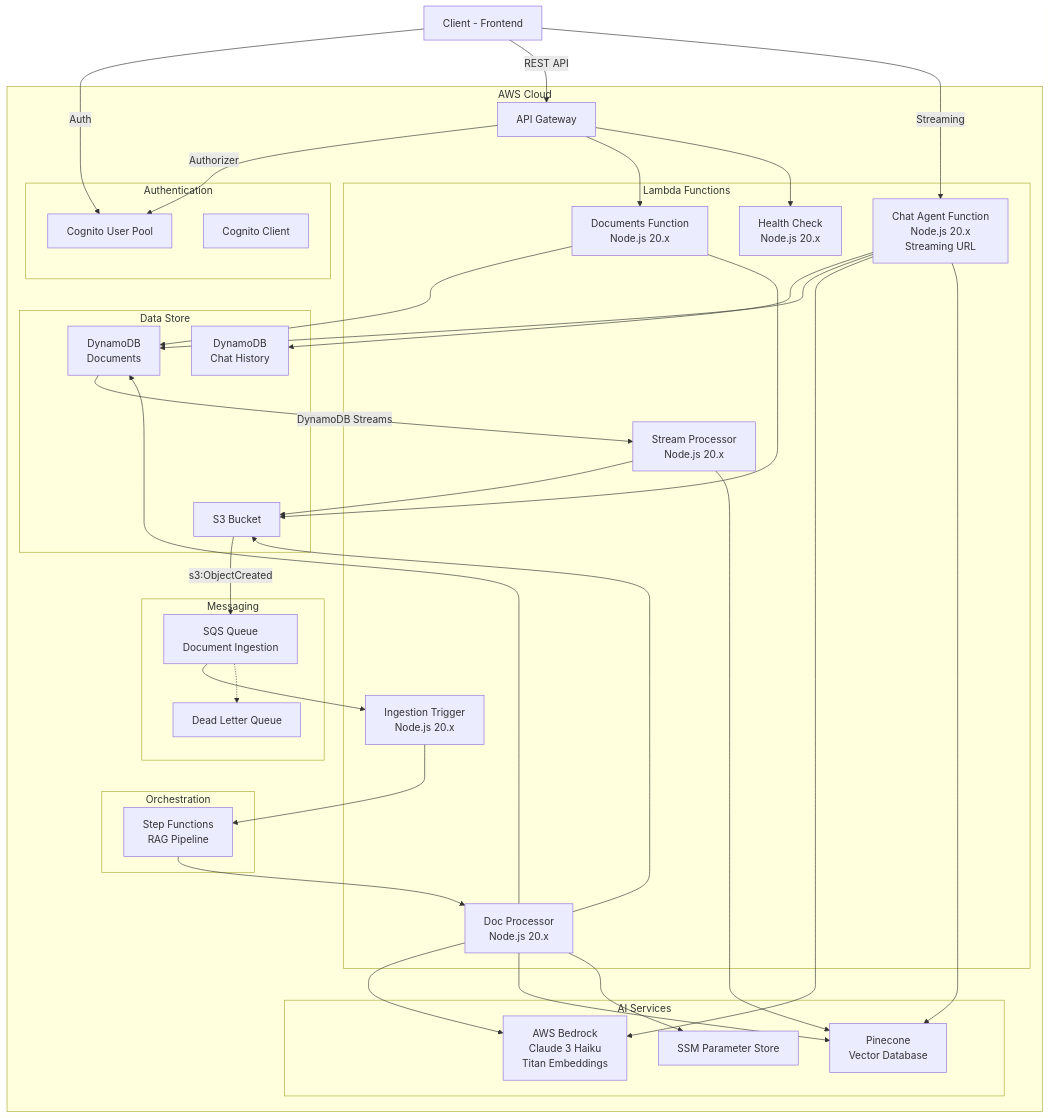
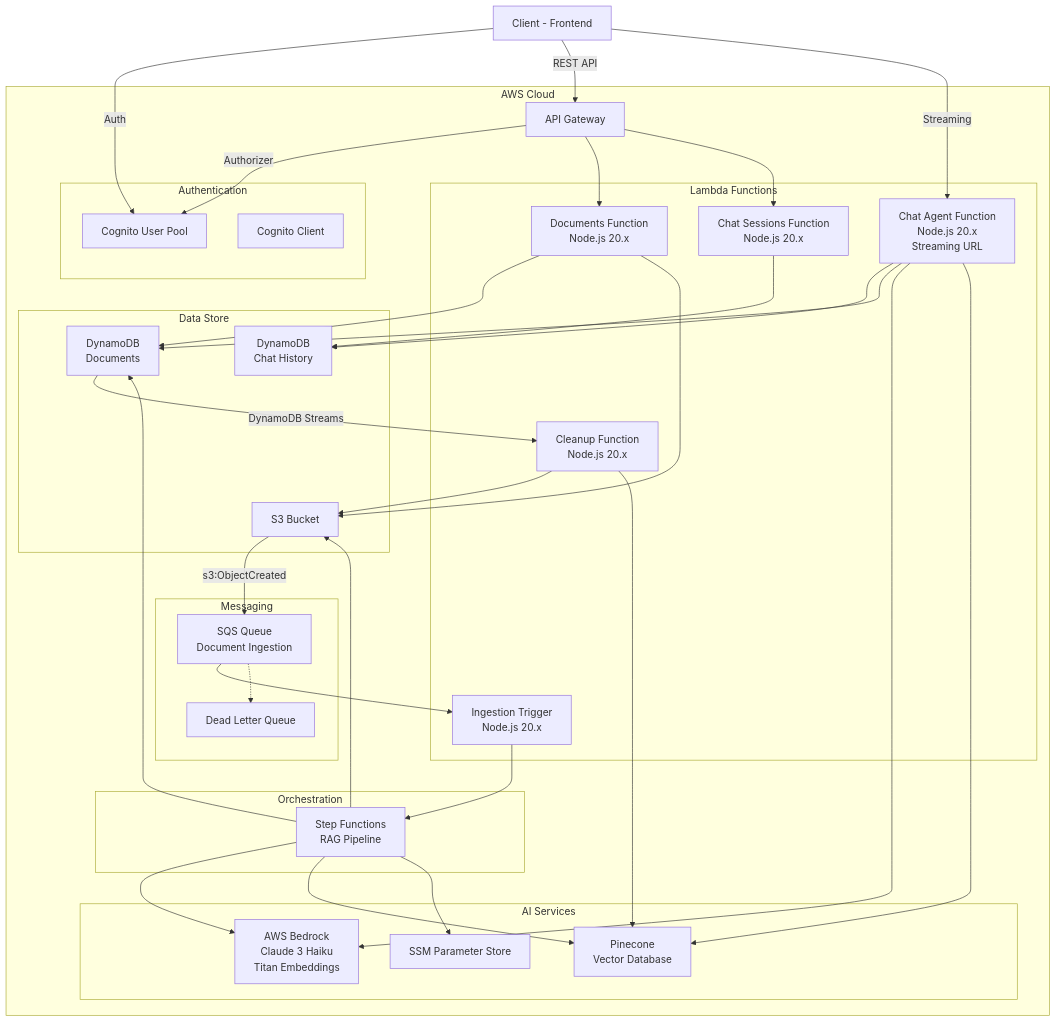
One commit to r-serori/myelinbase-backend changed the diagram in infrastructure/README.md. Above: the diagram before and after it, drawn with Mermaid. The commit also changed 1 other file, not shown here.

Commit message:
♻️ドキュメント修正

````diff
--- a/infrastructure/README.md
+++ b/infrastructure/README.md
@@ -31,10 +31,9 @@
         subgraph "Lambda Functions"
             DocFn[Documents Function<br/>Node.js 20.x]
             ChatFn[Chat Agent Function<br/>Node.js 20.x<br/>Streaming URL]
+            ChatSessionsFn[Chat Sessions Function<br/>Node.js 20.x]
             TriggerFn[Ingestion Trigger<br/>Node.js 20.x]
-            ProcFn[Doc Processor<br/>Node.js 20.x]
-            StreamProcFn[Stream Processor<br/>Node.js 20.x]
-            HealthFn[Health Check<br/>Node.js 20.x]
+            CleanupFn[Cleanup Function<br/>Node.js 20.x]
         end
 
         %% Storage
@@ -70,7 +69,7 @@
 
     APIGW -->|Authorizer| CognitoUserPool
     APIGW --> DocFn
-    APIGW --> HealthFn
+    APIGW --> ChatSessionsFn
 
     DocFn --> DocTable
     DocFn --> S3Bucket
@@ -80,19 +79,20 @@
     ChatFn --> Bedrock
     ChatFn --> Pinecone
 
+    ChatSessionsFn --> ChatTable
+
     S3Bucket -->|s3:ObjectCreated| SQS
     SQS --> TriggerFn
     SQS -.-> DLQ
     TriggerFn --> SFN
 
-    SFN --> ProcFn
-    ProcFn --> S3Bucket
-    ProcFn --> DocTable
-    ProcFn --> Bedrock
-    ProcFn --> Pinecone
-    ProcFn --> SSM
+    SFN --> S3Bucket
+    SFN --> DocTable
+    SFN --> Bedrock
+    SFN --> Pinecone
+    SFN --> SSM
 
-    DocTable -->|DynamoDB Streams| StreamProcFn
-    StreamProcFn --> S3Bucket
-    StreamProcFn --> Pinecone
+    DocTable -->|DynamoDB Streams| CleanupFn
+    CleanupFn --> S3Bucket
+    CleanupFn --> Pinecone
 ```
````
